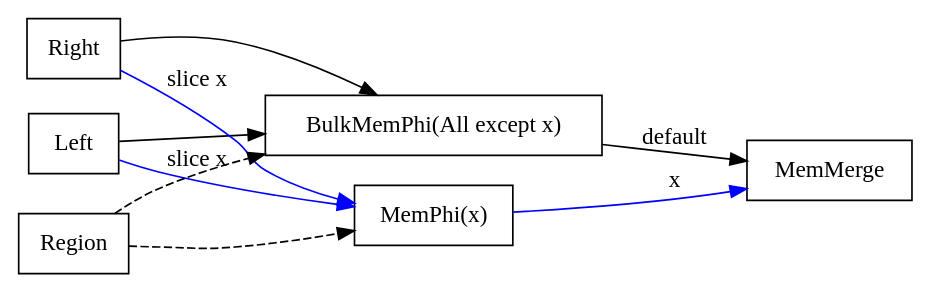
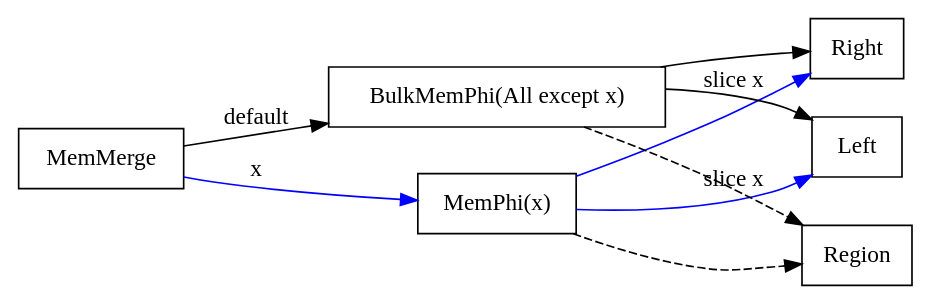
One commit to SeaOfNodes/Simple changed the diagram in chapter10b/docs/example2b.gv. Above: the diagram before and after it, drawn with Graphviz. The commit also changed 17 other files, not shown here.

```diff
--- a/chapter10b/docs/example2b.gv
+++ b/chapter10b/docs/example2b.gv
@@ -1,10 +1,10 @@
 digraph Memory {
   rankdir=LR;
   node [shape=box];
   P [label="MemPhi(x)"];
   B [label="BulkMemPhi(All except x)"];
-  Left -> P [label="slice x",color=blue]; Right -> P [label="slice x",color=blue];
-  Left -> B; Right -> B;
-  Region -> P [style=dashed]; Region -> B [style=dashed];
-  P -> MemMerge [label="x",color=blue]; B -> MemMerge [label="default"];
+  P -> Left [label="slice x",color=blue]; P -> Right [label="slice x",color=blue];
+  B -> Left; B -> Right;
+  P -> Region [style=dashed]; B -> Region [style=dashed];
+  MemMerge -> P [label="x",color=blue]; MemMerge -> B [label="default"];
 }
```
